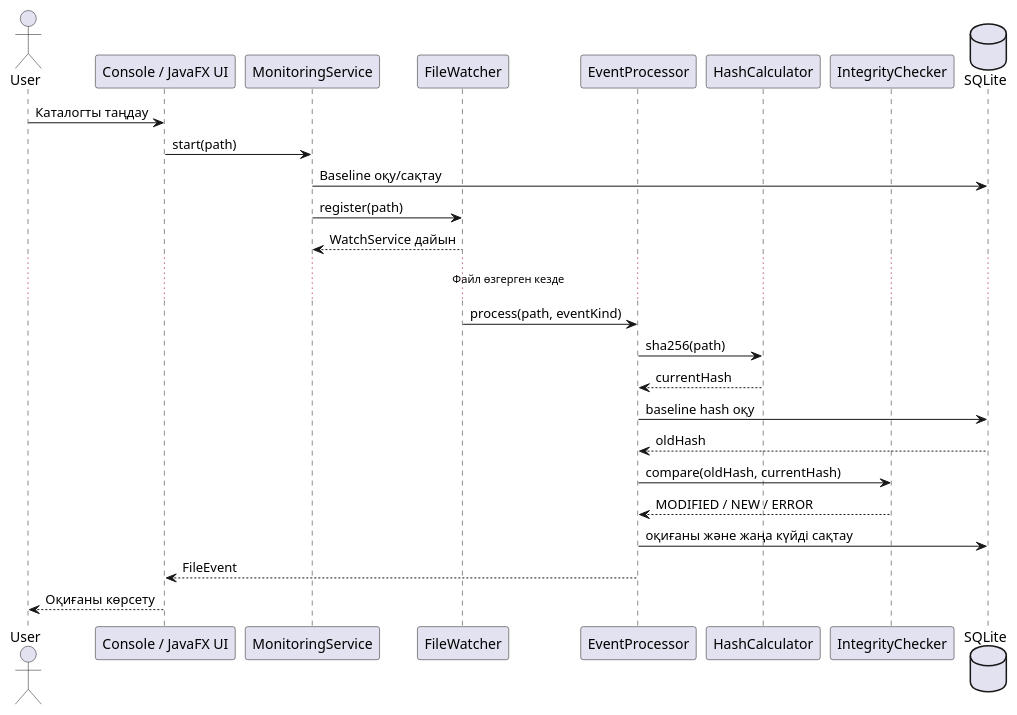
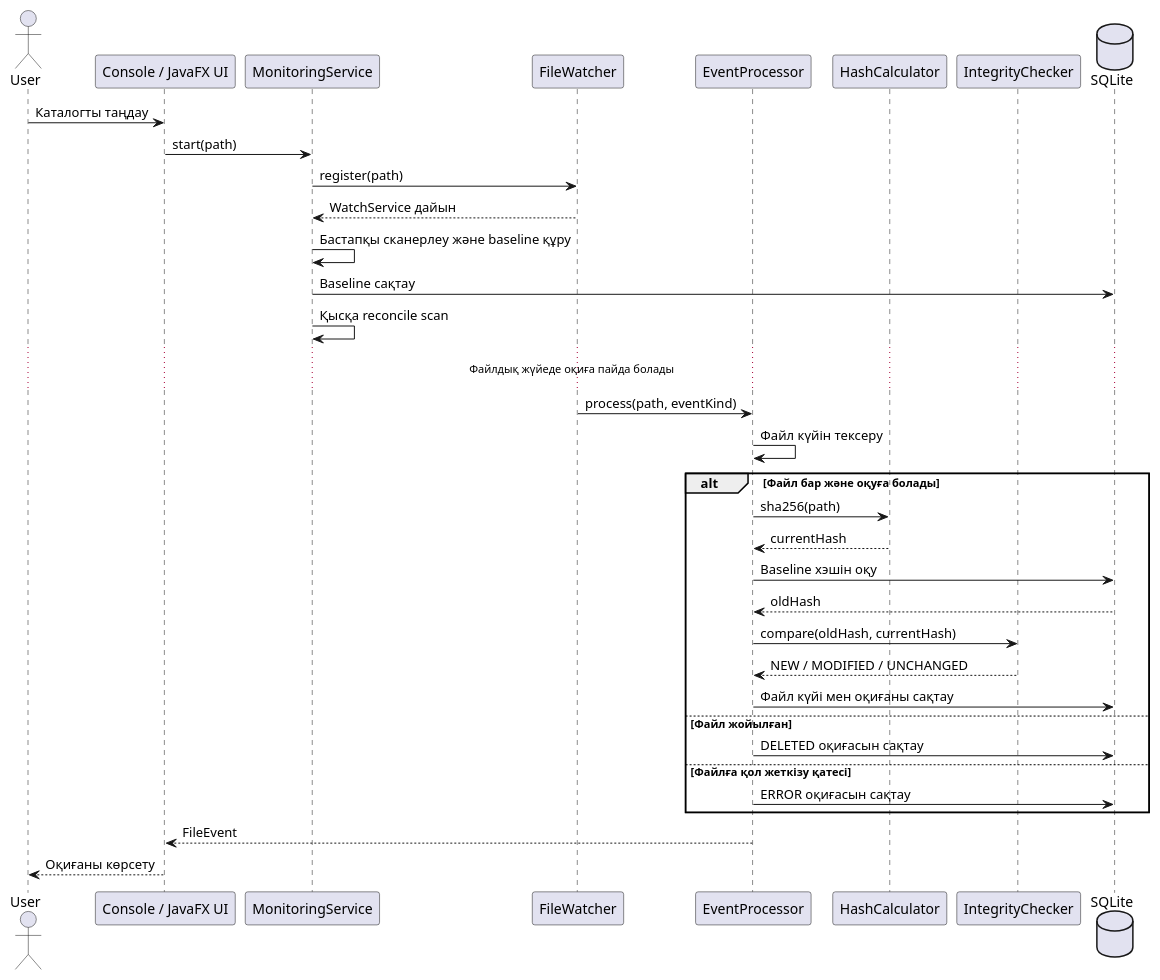
One commit to rusyaS17/File-Integrity-Monitor-FIM- changed the diagram in docs/uml/sequence-monitoring.puml. Above: the diagram before and after it, drawn with PlantUML.

Commit message:
docs: correct monitoring sequence branches

```diff
--- a/docs/uml/sequence-monitoring.puml
+++ b/docs/uml/sequence-monitoring.puml
@@ -1,29 +1,38 @@
 @startuml
 actor User
 participant "Console / JavaFX UI" as UI
 participant MonitoringService as MS
 participant FileWatcher as FW
 participant EventProcessor as EP
 participant HashCalculator as HC
 participant IntegrityChecker as IC
 database SQLite
 
 User -> UI: Каталогты таңдау
 UI -> MS: start(path)
-MS -> SQLite: Baseline оқу/сақтау
 MS -> FW: register(path)
 FW --> MS: WatchService дайын
+MS -> MS: Бастапқы сканерлеу және baseline құру
+MS -> SQLite: Baseline сақтау
+MS -> MS: Қысқа reconcile scan
 
-... Файл өзгерген кезде ...
+... Файлдық жүйеде оқиға пайда болады ...
 
 FW -> EP: process(path, eventKind)
-EP -> HC: sha256(path)
-HC --> EP: currentHash
-EP -> SQLite: baseline hash оқу
-SQLite --> EP: oldHash
-EP -> IC: compare(oldHash, currentHash)
-IC --> EP: MODIFIED / NEW / ERROR
-EP -> SQLite: оқиғаны және жаңа күйді сақтау
+EP -> EP: Файл күйін тексеру
+alt Файл бар және оқуға болады
+  EP -> HC: sha256(path)
+  HC --> EP: currentHash
+  EP -> SQLite: Baseline хэшін оқу
+  SQLite --> EP: oldHash
+  EP -> IC: compare(oldHash, currentHash)
+  IC --> EP: NEW / MODIFIED / UNCHANGED
+  EP -> SQLite: Файл күйі мен оқиғаны сақтау
+else Файл жойылған
+  EP -> SQLite: DELETED оқиғасын сақтау
+else Файлға қол жеткізу қатесі
+  EP -> SQLite: ERROR оқиғасын сақтау
+end
 EP --> UI: FileEvent
 UI --> User: Оқиғаны көрсету
 @enduml
```
